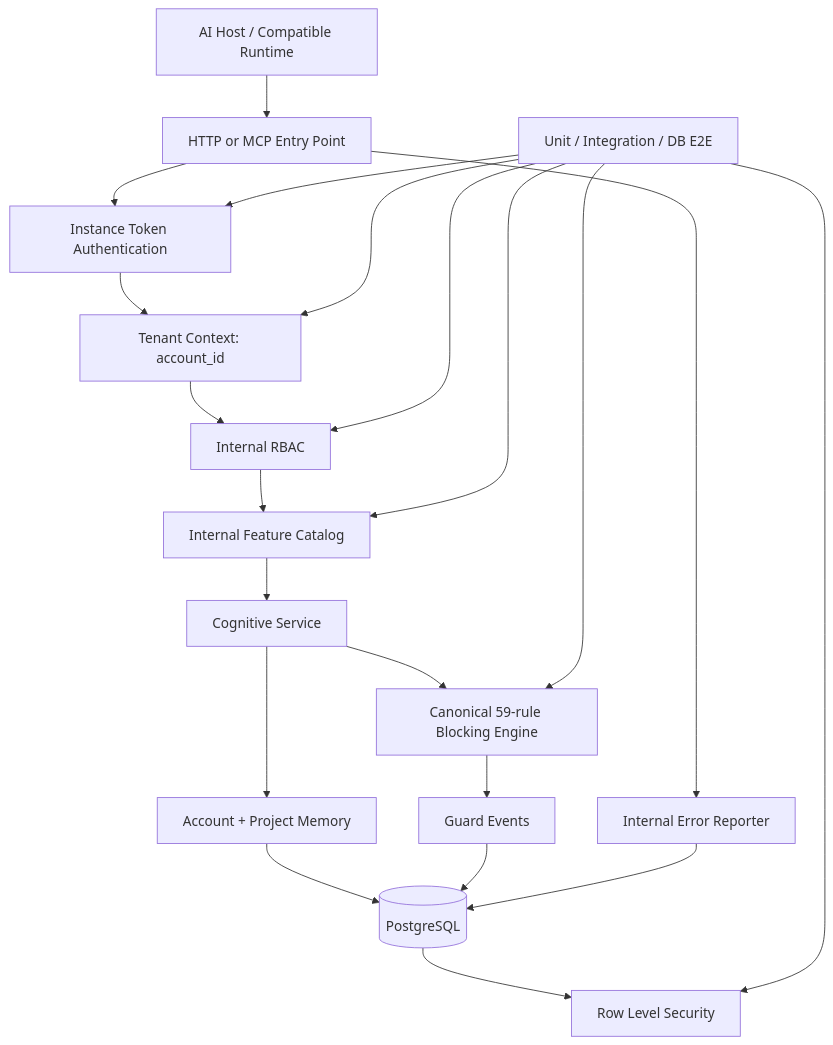
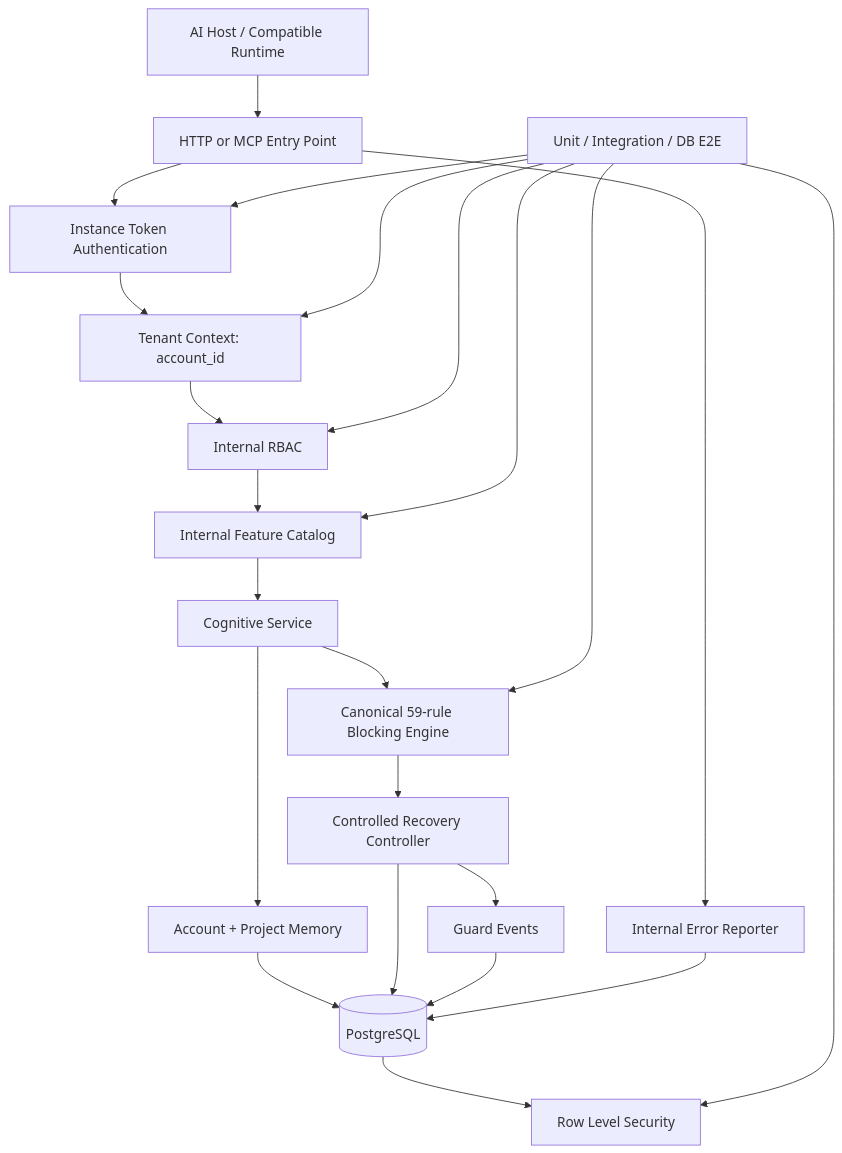
The first of 4 diagrams in plugins/cognitive-blocker/docs/SYSTEM-MAP.md (agent-guardrail-monitor/agent-guardrail-monitor), drawn with Mermaid before and after one commit. The commit also changed other lines of this file, not shown here.

Commit message:
docs: map controlled recovery state machine

````diff
--- a/plugins/cognitive-blocker/docs/SYSTEM-MAP.md
+++ b/plugins/cognitive-blocker/docs/SYSTEM-MAP.md
@@ -18,23 +18,25 @@
 ```mermaid
 flowchart TD
   HOST[AI Host / Compatible Runtime] --> API[HTTP or MCP Entry Point]
   API --> AUTH[Instance Token Authentication]
   AUTH --> TENANT[Tenant Context: account_id]
   TENANT --> RBAC[Internal RBAC]
   RBAC --> FLAGS[Internal Feature Catalog]
   FLAGS --> SERVICE[Cognitive Service]
   SERVICE --> MEMORY[Account + Project Memory]
   SERVICE --> ENGINE[Canonical 59-rule Blocking Engine]
+  ENGINE --> RECOVERY[Controlled Recovery Controller]
   MEMORY --> DB[(PostgreSQL)]
-  ENGINE --> EVENTS[Guard Events]
+  RECOVERY --> EVENTS[Guard Events]
+  RECOVERY --> DB
   EVENTS --> DB
   DB --> RLS[Row Level Security]
   API --> ERRORS[Internal Error Reporter]
   ERRORS --> DB
   TESTS[Unit / Integration / DB E2E] --> AUTH
   TESTS --> TENANT
   TESTS --> RBAC
   TESTS --> FLAGS
   TESTS --> ENGINE
   TESTS --> RLS
 ```
````
